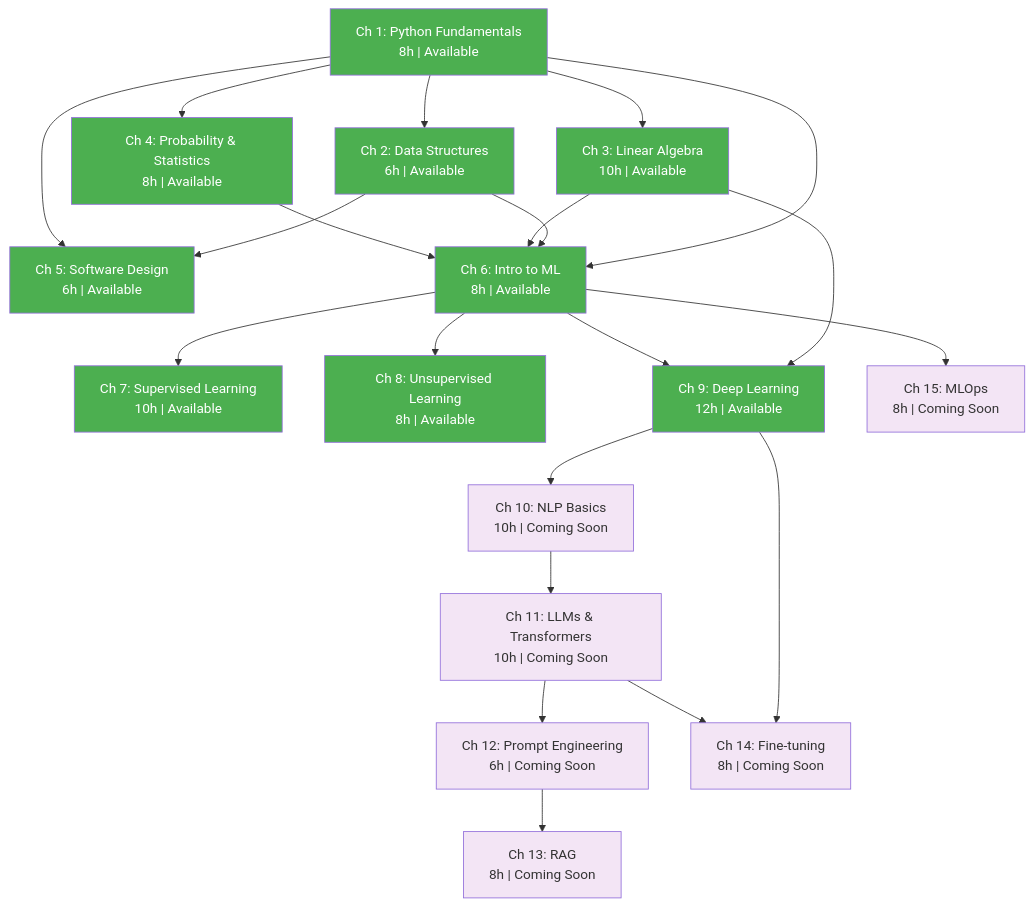
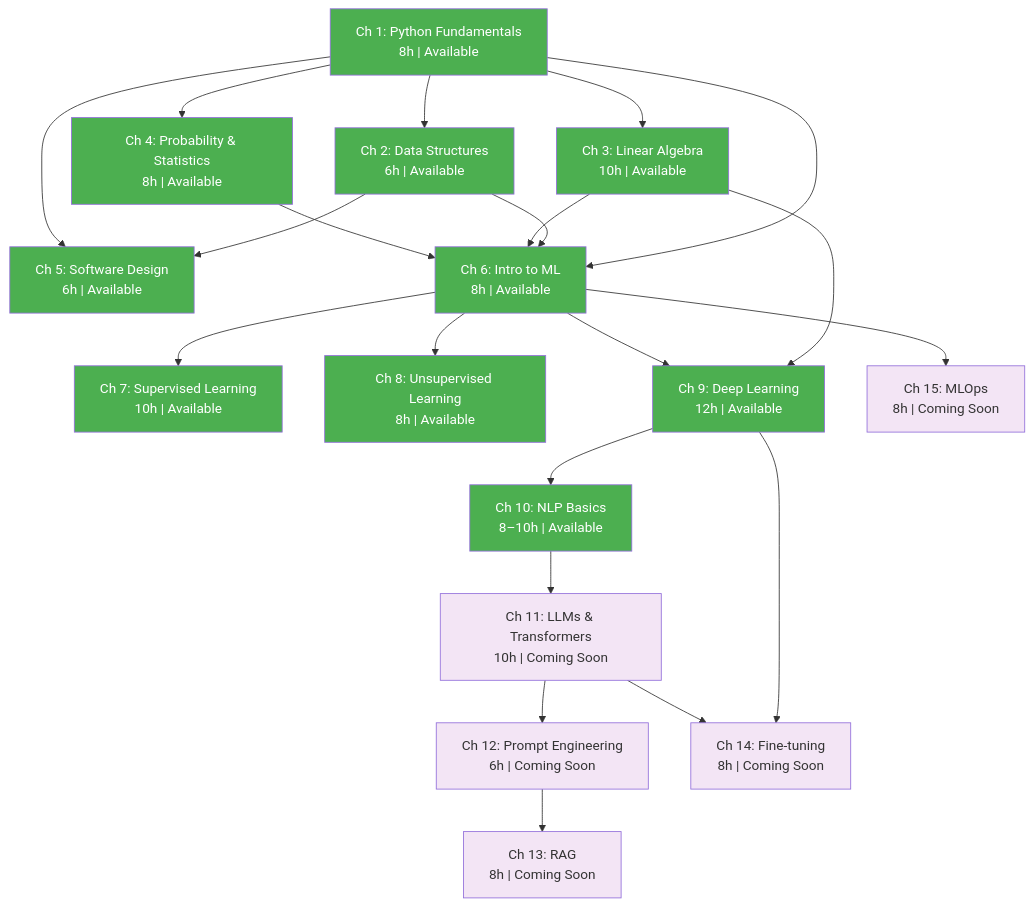
Before and after one commit to luigipascal/berta-chapters: the diagram in docs/guides/syllabus.md, drawn with Mermaid. The commit also changed other lines of this file and 7 other files, not shown here.

First line of the commit message:
Site: add Chapter 10 (NLP Basics) to docs, nav, curriculum, syllabus

````diff
--- a/docs/guides/syllabus.md
+++ b/docs/guides/syllabus.md
@@ -9,59 +9,59 @@
 ```mermaid
 graph TD
     CH1["Ch 1: Python Fundamentals<br/>8h | Available"]
     CH2["Ch 2: Data Structures<br/>6h | Available"]
     CH3["Ch 3: Linear Algebra<br/>10h | Available"]
     CH4["Ch 4: Probability & Statistics<br/>8h | Available"]
     CH5["Ch 5: Software Design<br/>6h | Available"]
 
     CH6["Ch 6: Intro to ML<br/>8h | Available"]
     CH7["Ch 7: Supervised Learning<br/>10h | Available"]
     CH8["Ch 8: Unsupervised Learning<br/>8h | Available"]
     CH9["Ch 9: Deep Learning<br/>12h | Available"]
-    CH10["Ch 10: NLP Basics<br/>10h | Coming Soon"]
+    CH10["Ch 10: NLP Basics<br/>8–10h | Available"]
     CH11["Ch 11: LLMs & Transformers<br/>10h | Coming Soon"]
     CH12["Ch 12: Prompt Engineering<br/>6h | Coming Soon"]
     CH13["Ch 13: RAG<br/>8h | Coming Soon"]
     CH14["Ch 14: Fine-tuning<br/>8h | Coming Soon"]
     CH15["Ch 15: MLOps<br/>8h | Coming Soon"]
 
     CH1 --> CH2
     CH1 --> CH3
     CH1 --> CH4
     CH2 --> CH5
     CH1 --> CH5
 
     CH1 --> CH6
     CH2 --> CH6
     CH3 --> CH6
     CH4 --> CH6
 
     CH6 --> CH7
     CH6 --> CH8
     CH3 --> CH9
     CH6 --> CH9
 
     CH9 --> CH10
     CH10 --> CH11
     CH11 --> CH12
     CH12 --> CH13
     CH9 --> CH14
     CH11 --> CH14
     CH6 --> CH15
 
     style CH1 fill:#4caf50,color:#fff
     style CH2 fill:#4caf50,color:#fff
     style CH3 fill:#4caf50,color:#fff
     style CH4 fill:#4caf50,color:#fff
     style CH5 fill:#4caf50,color:#fff
     style CH6 fill:#4caf50,color:#fff
     style CH7 fill:#4caf50,color:#fff
     style CH8 fill:#4caf50,color:#fff
     style CH9 fill:#4caf50,color:#fff
-    style CH10 fill:#f3e5f5
+    style CH10 fill:#4caf50,color:#fff
     style CH11 fill:#f3e5f5
     style CH12 fill:#f3e5f5
     style CH13 fill:#f3e5f5
     style CH14 fill:#f3e5f5
     style CH15 fill:#f3e5f5
 ```
````
